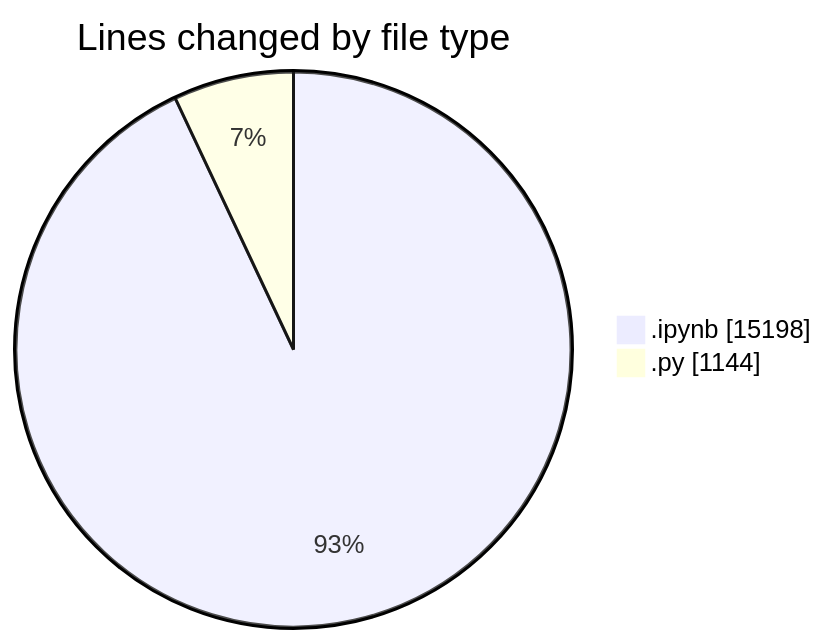
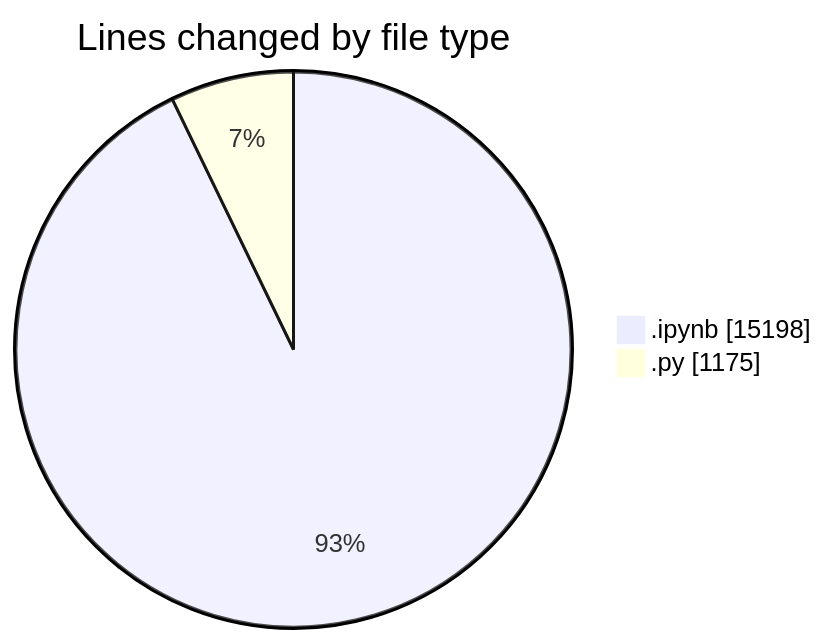
One commit to MatusMokan/code-tracking changed the first of 2 diagrams in 2025-04-10/myws__workspace_/README.md. Above: the diagram before and after it, drawn with Mermaid. The commit also changed other lines of this file and 1 other file, not shown here.

````diff
--- a/2025-04-10/myws__workspace_/README.md
+++ b/2025-04-10/myws__workspace_/README.md
@@ -21,6 +21,6 @@
 ```mermaid
 pie showData
 title Lines changed by file type
 ".ipynb" : 15198
-".py" : 1144
+".py" : 1175
 ```
````
